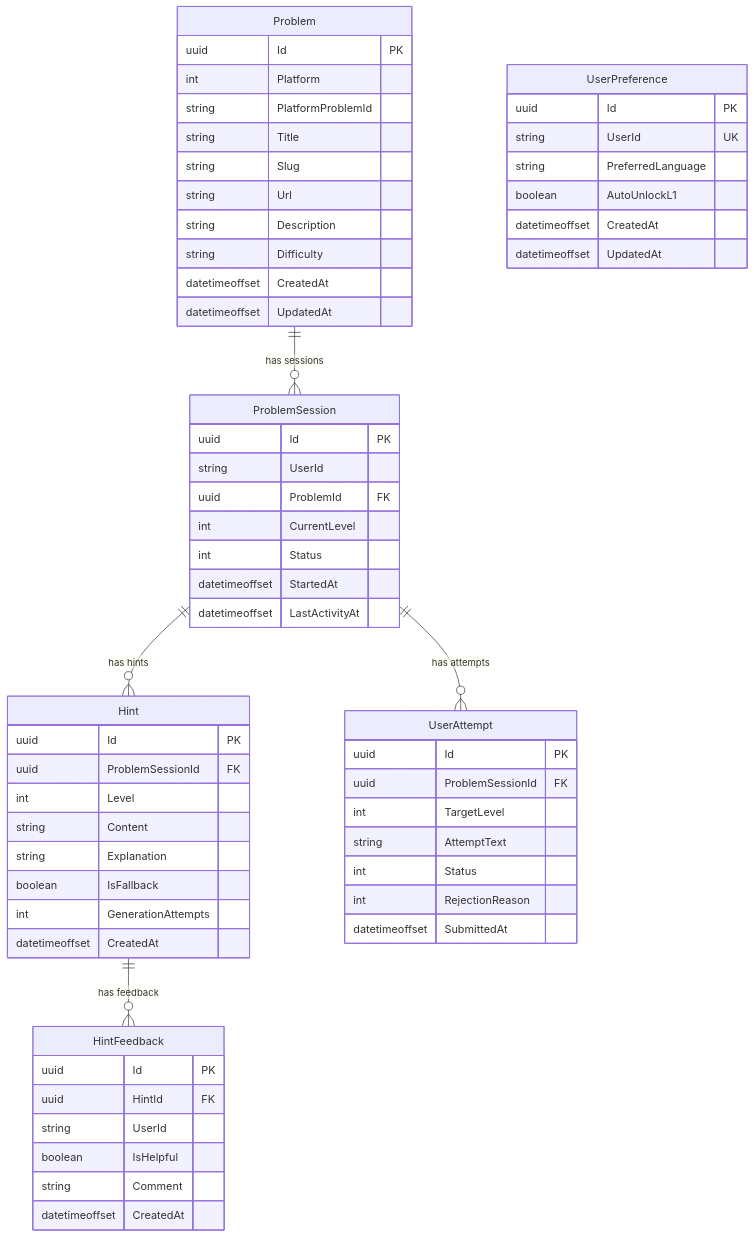
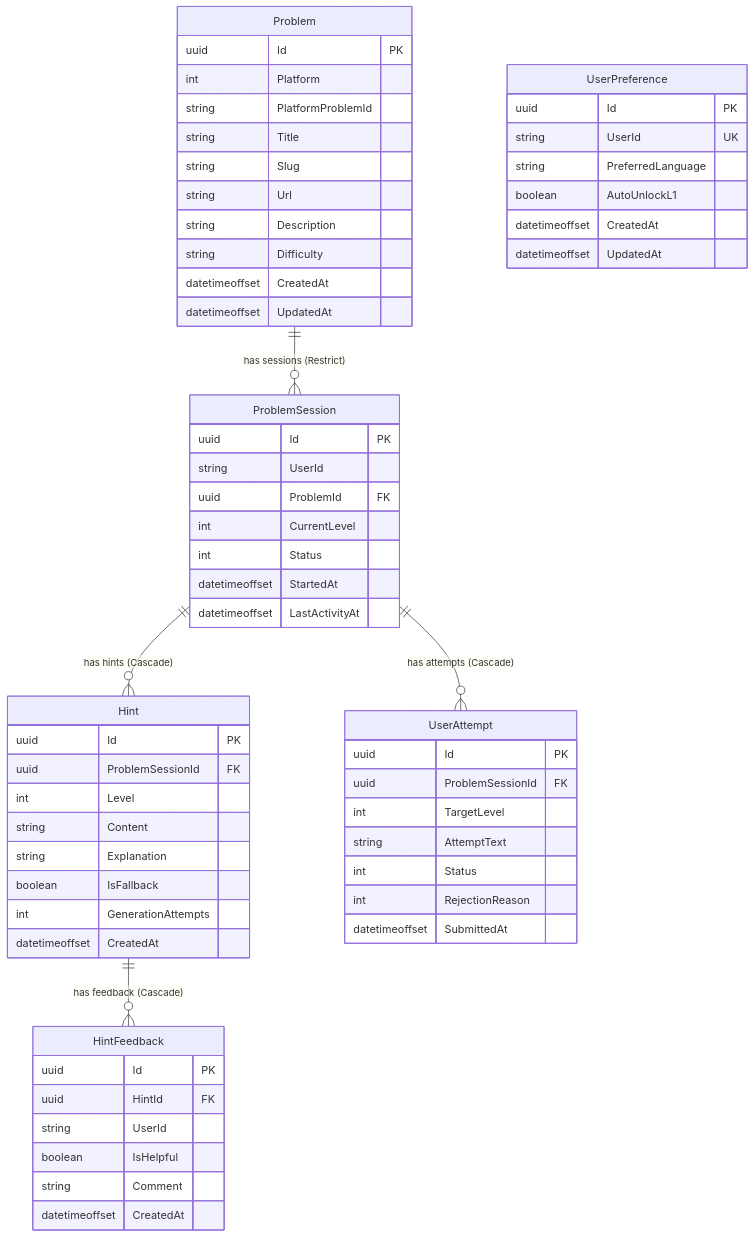
Before and after one commit to Ariram06/CodeXO: the diagram in docs/Database-Design.md, drawn with Mermaid. The commit also changed other lines of this file and 1 other file, not shown here.

Commit message:
docs: add ER diagrams to LEARNING-LOG and update Database-Design with Restrict behavior

````diff
--- a/docs/Database-Design.md
+++ b/docs/Database-Design.md
@@ -7,63 +7,63 @@
 ```mermaid
 erDiagram
-    Problem ||--o{ ProblemSession : "has sessions"
-    ProblemSession ||--o{ Hint : "has hints"
-    ProblemSession ||--o{ UserAttempt : "has attempts"
-    Hint ||--o{ HintFeedback : "has feedback"
+    Problem ||--o{ ProblemSession : "has sessions (Restrict)"
+    ProblemSession ||--o{ Hint : "has hints (Cascade)"
+    ProblemSession ||--o{ UserAttempt : "has attempts (Cascade)"
+    Hint ||--o{ HintFeedback : "has feedback (Cascade)"
     UserPreference {
         uuid Id PK
         string UserId UK
         string PreferredLanguage
         boolean AutoUnlockL1
         datetimeoffset CreatedAt
         datetimeoffset UpdatedAt
     }
     Problem {
         uuid Id PK
         int Platform
         string PlatformProblemId
         string Title
         string Slug
         string Url
         string Description
         string Difficulty
         datetimeoffset CreatedAt
         datetimeoffset UpdatedAt
     }
     ProblemSession {
         uuid Id PK
         string UserId
         uuid ProblemId FK
         int CurrentLevel
         int Status
         datetimeoffset StartedAt
         datetimeoffset LastActivityAt
     }
     Hint {
         uuid Id PK
         uuid ProblemSessionId FK
         int Level
         string Content
         string Explanation
         boolean IsFallback
         int GenerationAttempts
         datetimeoffset CreatedAt
     }
     UserAttempt {
         uuid Id PK
         uuid ProblemSessionId FK
         int TargetLevel
         string AttemptText
         int Status
         int RejectionReason
         datetimeoffset SubmittedAt
     }
     HintFeedback {
         uuid Id PK
         uuid HintId FK
         string UserId
         boolean IsHelpful
         string Comment
         datetimeoffset CreatedAt
     }
 ```
````
